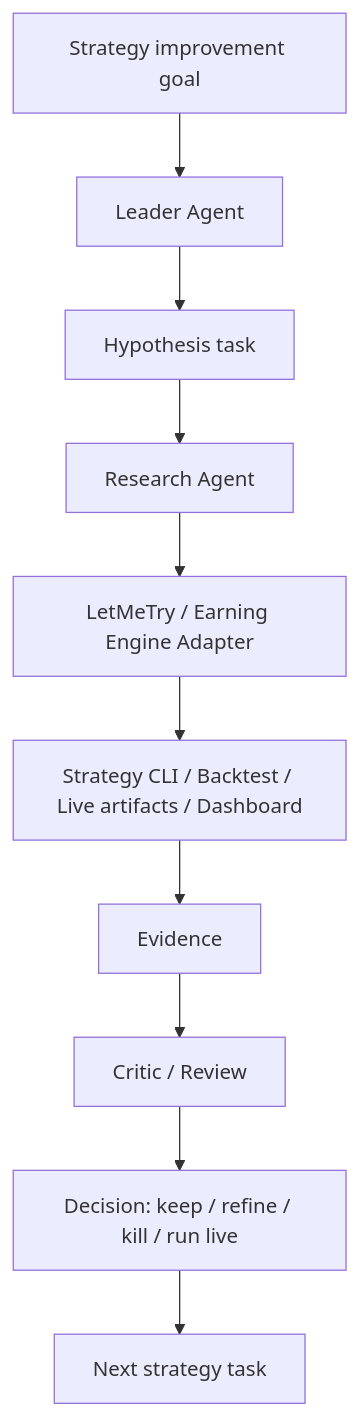
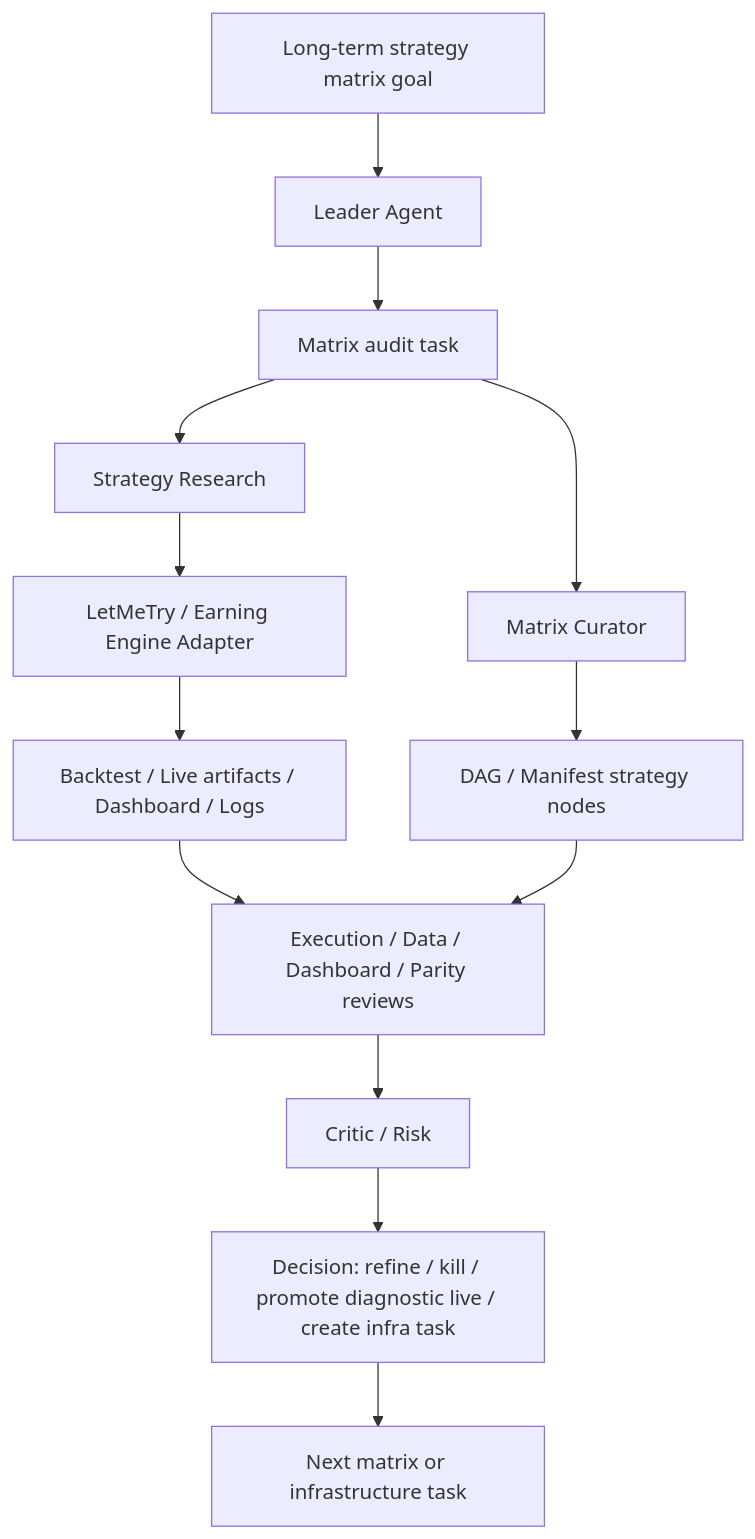
Before and after one commit to cyl19970726/multi-agent-harness: the second of 2 diagrams in docs/mvp.md, drawn with Mermaid. The commit also changed other lines of this file and 89 other files, not shown here.

````diff
--- a/docs/mvp.md
+++ b/docs/mvp.md
@@ -58,12 +62,15 @@
 ```mermaid
 flowchart TD
-  Goal[Strategy improvement goal] --> L[Leader Agent]
-  L --> H[Hypothesis task]
-  H --> R[Research Agent]
-  R --> Adapter[LetMeTry / Earning Engine Adapter]
-  Adapter --> Tools[Strategy CLI / Backtest / Live artifacts / Dashboard]
-  Tools --> E[Evidence]
-  E --> C[Critic / Review]
-  C --> D[Decision: keep / refine / kill / run live]
-  D --> Next[Next strategy task]
+  Goal[Long-term strategy matrix goal] --> L[Leader Agent]
+  L --> Audit[Matrix audit task]
+  Audit --> Curator[Matrix Curator]
+  Audit --> Research[Strategy Research]
+  Curator --> Nodes[DAG / Manifest strategy nodes]
+  Research --> Adapter[LetMeTry / Earning Engine Adapter]
+  Adapter --> Tools[Backtest / Live artifacts / Dashboard / Logs]
+  Tools --> Reviews[Execution / Data / Dashboard / Parity reviews]
+  Nodes --> Reviews
+  Reviews --> C[Critic / Risk]
+  C --> D[Decision: refine / kill / promote diagnostic live / create infra task]
+  D --> Next[Next matrix or infrastructure task]
 ```
````
